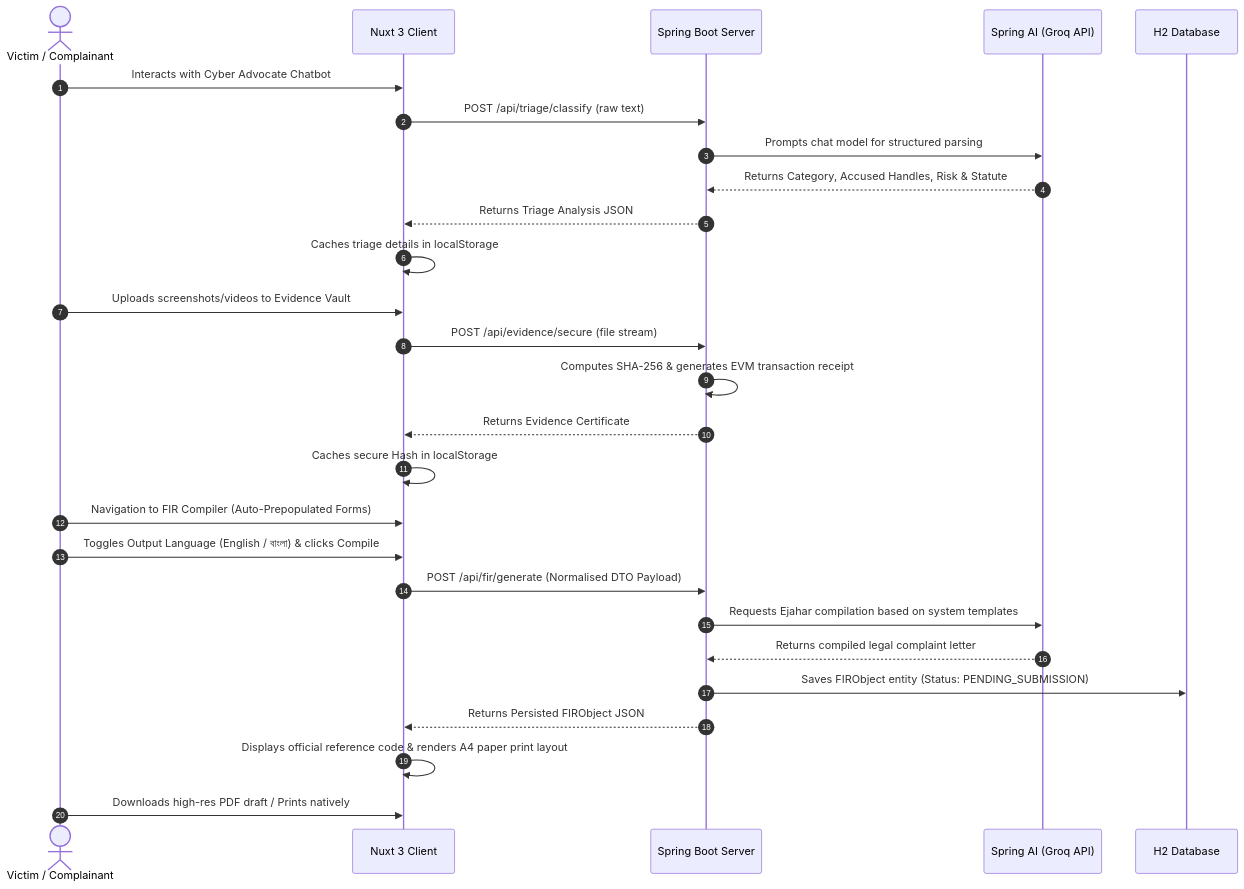
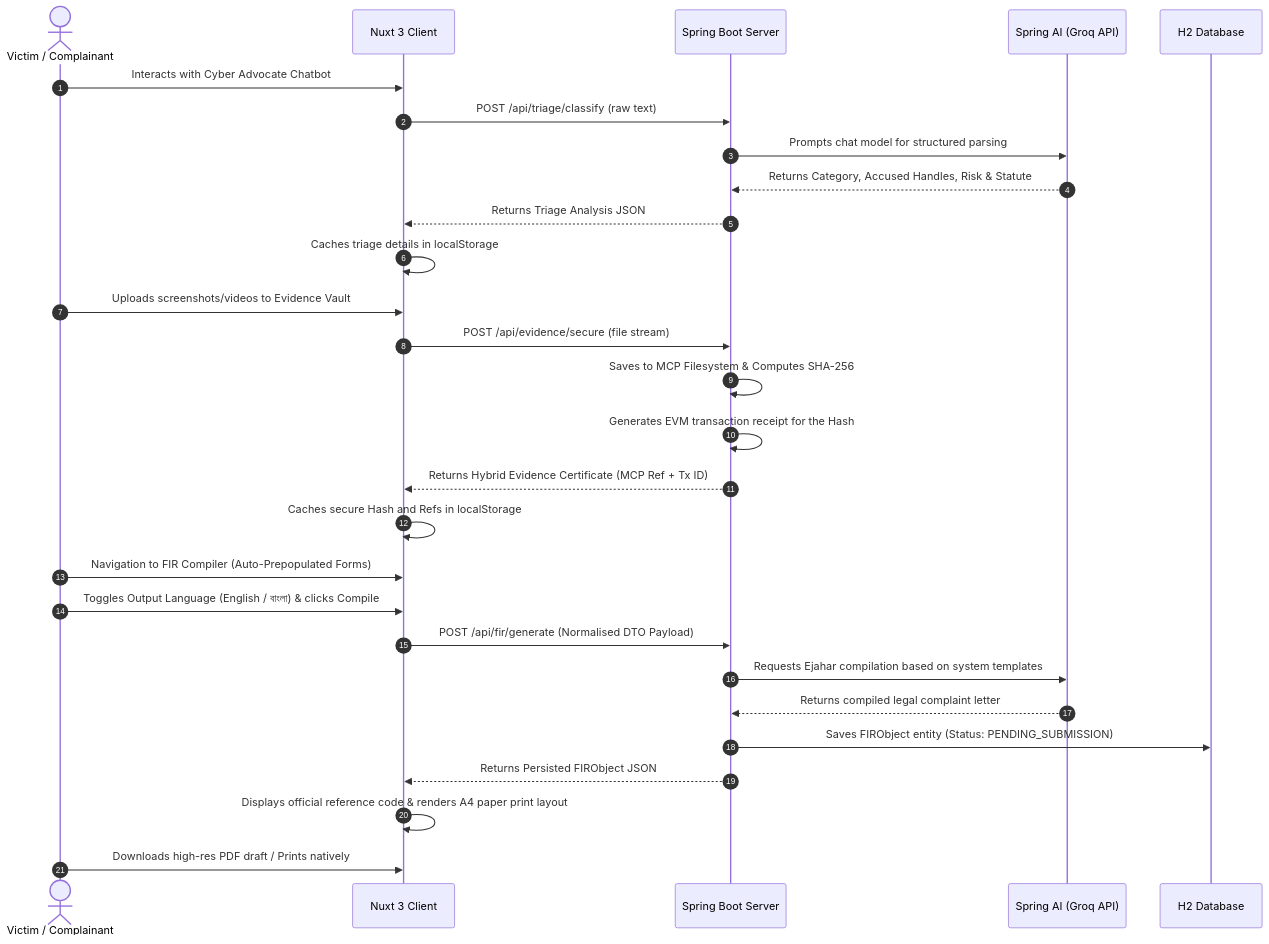
One commit to Shahrear002/cybershield-ai changed the diagram in README.md. Above: the diagram before and after it, drawn with Mermaid. The commit also changed other lines of this file and 22 other files, not shown here.

````diff
--- a/README.md
+++ b/README.md
@@ -117,32 +118,33 @@
 ```mermaid
 sequenceDiagram
     autonumber
     actor User as Victim / Complainant
     participant UI as Nuxt 3 Client
     participant API as Spring Boot Server
     participant AI as Spring AI (Groq API)
     participant DB as H2 Database
 
     User->>UI: Interacts with Cyber Advocate Chatbot
     UI->>API: POST /api/triage/classify (raw text)
     API->>AI: Prompts chat model for structured parsing
     AI-->>API: Returns Category, Accused Handles, Risk & Statute
     API-->>UI: Returns Triage Analysis JSON
     UI->>UI: Caches triage details in localStorage
 
     User->>UI: Uploads screenshots/videos to Evidence Vault
     UI->>API: POST /api/evidence/secure (file stream)
-    API->>API: Computes SHA-256 & generates EVM transaction receipt
-    API-->>UI: Returns Evidence Certificate
-    UI->>UI: Caches secure Hash in localStorage
+    API->>API: Saves to MCP Filesystem & Computes SHA-256
+    API->>API: Generates EVM transaction receipt for the Hash
+    API-->>UI: Returns Hybrid Evidence Certificate (MCP Ref + Tx ID)
+    UI->>UI: Caches secure Hash and Refs in localStorage
 
     User->>UI: Navigation to FIR Compiler (Auto-Prepopulated Forms)
     User->>UI: Toggles Output Language (English / বাংলা) & clicks Compile
     UI->>API: POST /api/fir/generate (Normalised DTO Payload)
     API->>AI: Requests Ejahar compilation based on system templates
     AI-->>API: Returns compiled legal complaint letter
     API->>DB: Saves FIRObject entity (Status: PENDING_SUBMISSION)
     API-->>UI: Returns Persisted FIRObject JSON
     UI->>UI: Displays official reference code & renders A4 paper print layout
     User->>UI: Downloads high-res PDF draft / Prints natively
 ```
````
